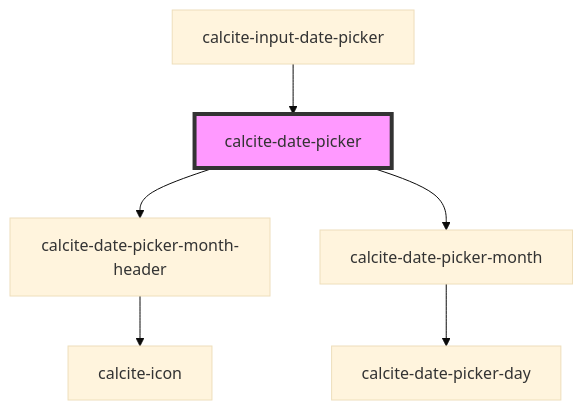
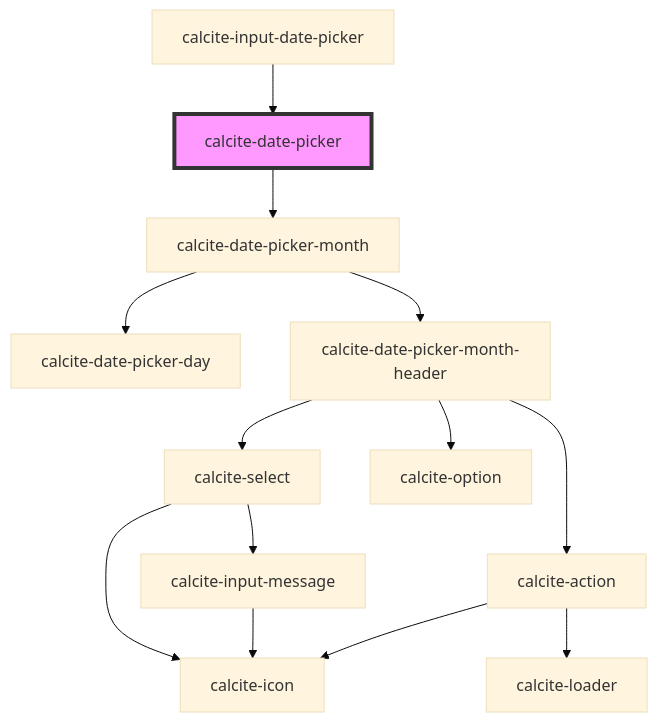
The diagram in packages/calcite-components/src/components/date-picker/readme.md (Esri/calcite-design-system), drawn with Mermaid (base theme) before and after one commit. The commit also changed other lines of this file and 10 other files, not shown here.

````diff
--- a/packages/calcite-components/src/components/date-picker/readme.md
+++ b/packages/calcite-components/src/components/date-picker/readme.md
@@ -56,9 +57,16 @@
 ```mermaid
 graph TD;
-  calcite-date-picker --> calcite-date-picker-month-header
   calcite-date-picker --> calcite-date-picker-month
-  calcite-date-picker-month-header --> calcite-icon
   calcite-date-picker-month --> calcite-date-picker-day
+  calcite-date-picker-month --> calcite-date-picker-month-header
+  calcite-date-picker-month-header --> calcite-select
+  calcite-date-picker-month-header --> calcite-option
+  calcite-date-picker-month-header --> calcite-action
+  calcite-select --> calcite-icon
+  calcite-select --> calcite-input-message
+  calcite-input-message --> calcite-icon
+  calcite-action --> calcite-loader
+  calcite-action --> calcite-icon
   calcite-input-date-picker --> calcite-date-picker
   style calcite-date-picker fill:#f9f,stroke:#333,stroke-width:4px
 ```
````
